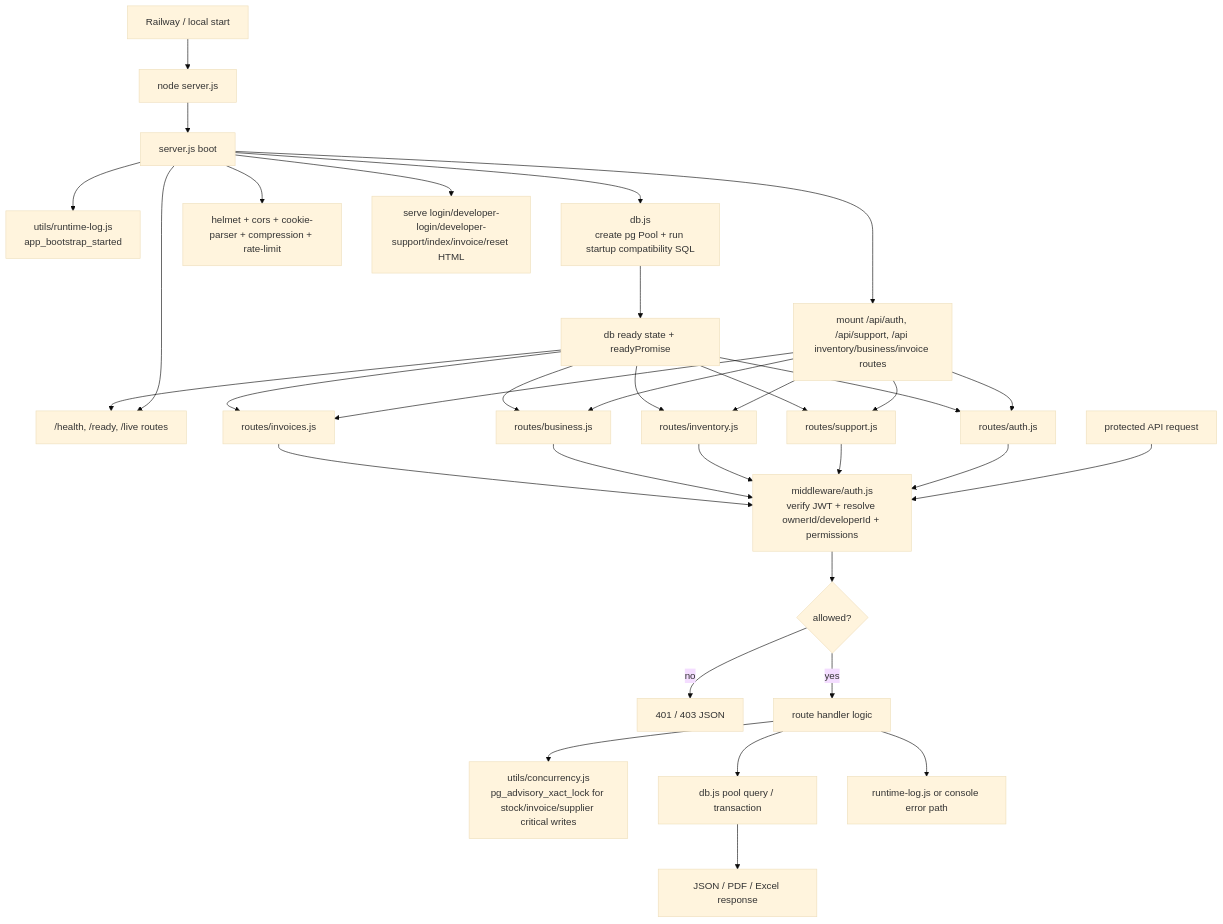
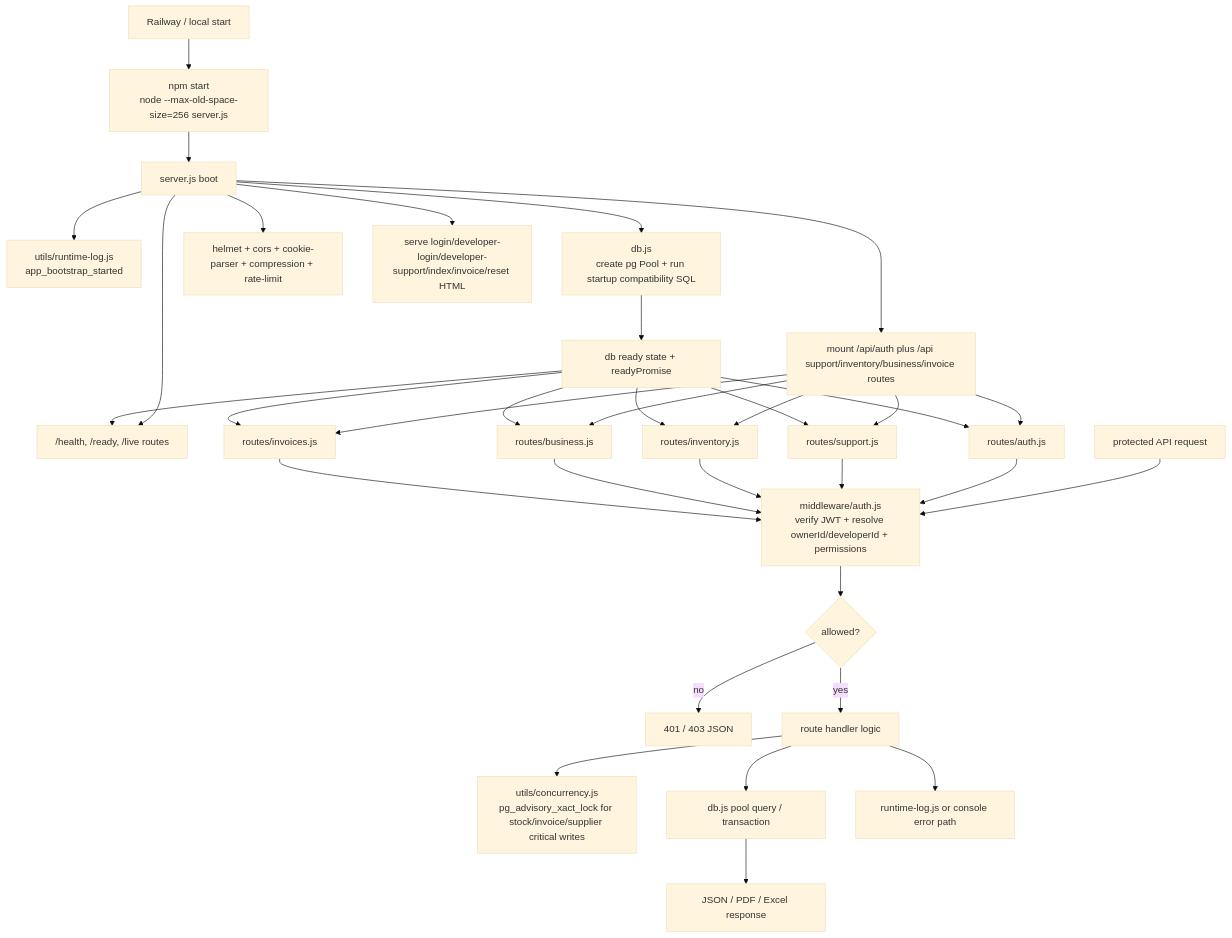
Before and after one commit to dasdipayan03/India-Inventory-Management: the second of 3 diagrams in docs/DETAILED_FILE_FLOW_CHART.md, drawn with Mermaid (base theme). The commit also changed other lines of this file and 1 other file, not shown here.

````diff
--- a/docs/DETAILED_FILE_FLOW_CHART.md
+++ b/docs/DETAILED_FILE_FLOW_CHART.md
@@ -129,41 +129,41 @@
 ```mermaid
 flowchart TD
-  Railway["Railway / local start"] --> StartCmd["node server.js"]
+  Railway["Railway / local start"] --> StartCmd["npm start<br/>node --max-old-space-size=256 server.js"]
   StartCmd --> ServerBoot["server.js boot"]
   ServerBoot --> LogBoot["utils/runtime-log.js<br/>app_bootstrap_started"]
   ServerBoot --> DBInit["db.js<br/>create pg Pool + run startup compatibility SQL"]
   DBInit --> DBReady["db ready state + readyPromise"]
   ServerBoot --> Middleware["helmet + cors + cookie-parser + compression + rate-limit"]
   ServerBoot --> Health["/health, /ready, /live routes"]
   ServerBoot --> StaticPages["serve login/developer-login/developer-support/index/invoice/reset HTML"]
-  ServerBoot --> MountRoutes["mount /api/auth, /api/support, /api inventory/business/invoice routes"]
+  ServerBoot --> MountRoutes["mount /api/auth plus /api support/inventory/business/invoice routes"]
 
   MountRoutes --> AuthAPI["routes/auth.js"]
   MountRoutes --> SupportAPI["routes/support.js"]
   MountRoutes --> InventoryAPI["routes/inventory.js"]
   MountRoutes --> BusinessAPI["routes/business.js"]
   MountRoutes --> InvoiceAPI["routes/invoices.js"]
 
   ProtectedRequest["protected API request"] --> AuthMWFlow["middleware/auth.js<br/>verify JWT + resolve ownerId/developerId + permissions"]
   AuthMWFlow --> Allowed{"allowed?"}
   Allowed -- no --> Error401["401 / 403 JSON"]
   Allowed -- yes --> RouteLogic["route handler logic"]
 
   RouteLogic --> Locking["utils/concurrency.js<br/>pg_advisory_xact_lock for stock/invoice/supplier critical writes"]
   RouteLogic --> QueryDB["db.js pool query / transaction"]
   QueryDB --> Response["JSON / PDF / Excel response"]
   RouteLogic --> RuntimeErr["runtime-log.js or console error path"]
 
   AuthAPI --> AuthMWFlow
   SupportAPI --> AuthMWFlow
   InventoryAPI --> AuthMWFlow
   BusinessAPI --> AuthMWFlow
   InvoiceAPI --> AuthMWFlow
 
   DBReady --> Health
   DBReady --> AuthAPI
   DBReady --> SupportAPI
   DBReady --> InventoryAPI
   DBReady --> BusinessAPI
   DBReady --> InvoiceAPI
 ```
````
